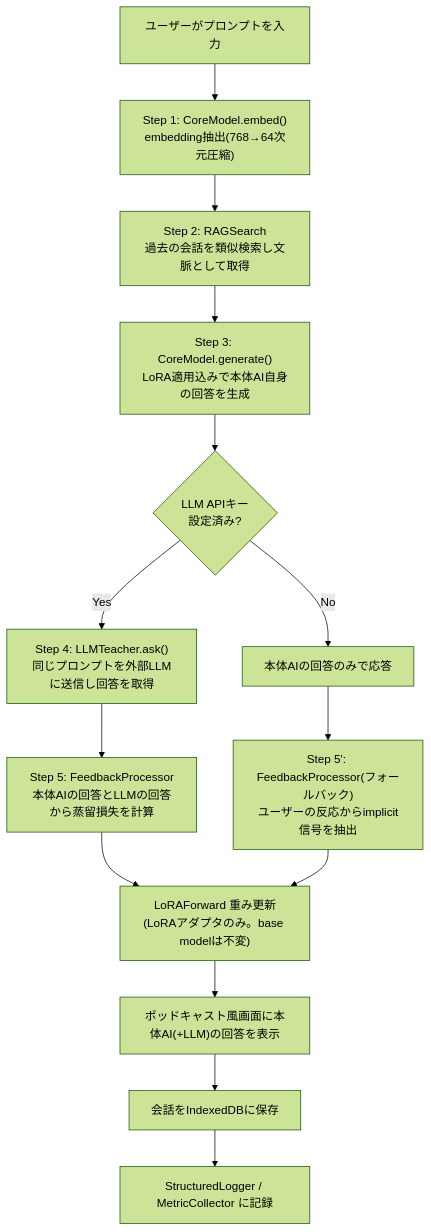
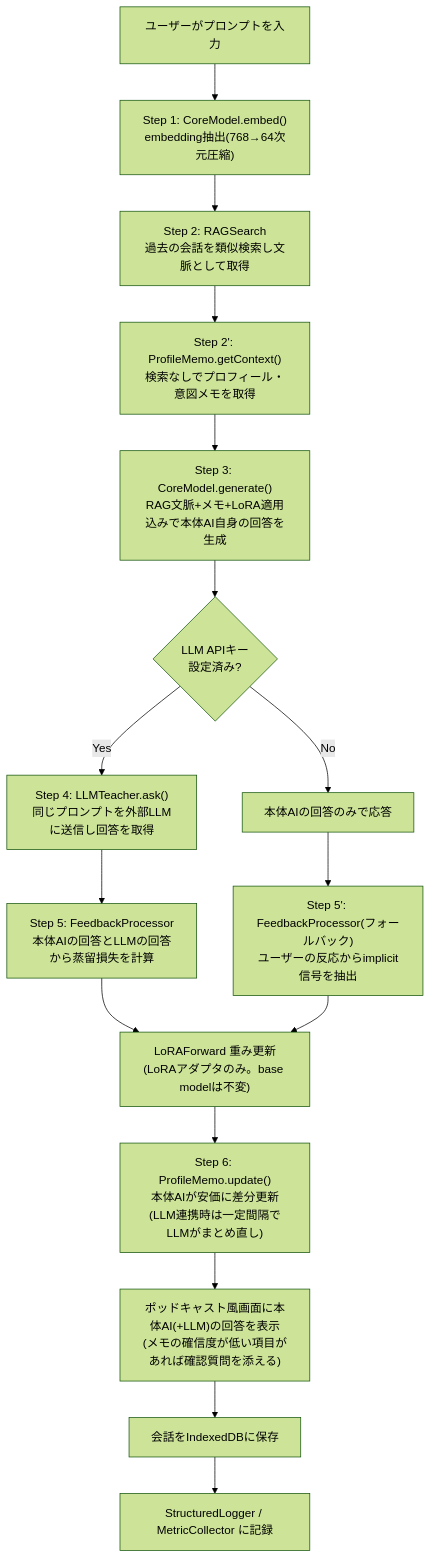
One commit to seisei001/test001 changed the diagram in docs/apps/smart-box/DESIGN.md. Above: the diagram before and after it, drawn with Mermaid (forest theme). The commit also changed other lines of this file, not shown here.

Commit message:
第4版: プロフィール・意図メモ(ProfileMemo)を3本目の柱として追加

````diff
--- a/docs/apps/smart-box/DESIGN.md
+++ b/docs/apps/smart-box/DESIGN.md
@@ -92,16 +143,18 @@
 ```mermaid
 flowchart TD
     A[ユーザーがプロンプトを入力] --> B["Step 1: CoreModel.embed()<br/>embedding抽出(768→64次元圧縮)"]
     B --> C["Step 2: RAGSearch<br/>過去の会話を類似検索し文脈として取得"]
-    C --> D["Step 3: CoreModel.generate()<br/>LoRA適用込みで本体AI自身の回答を生成"]
+    C --> P["Step 2': ProfileMemo.getContext()<br/>検索なしでプロフィール・意図メモを取得"]
+    P --> D["Step 3: CoreModel.generate()<br/>RAG文脈+メモ+LoRA適用込みで本体AI自身の回答を生成"]
     D --> E{LLM APIキー<br/>設定済み?}
     E -- Yes --> F["Step 4: LLMTeacher.ask()<br/>同じプロンプトを外部LLMに送信し回答を取得"]
     E -- No --> G[本体AIの回答のみで応答]
     F --> H["Step 5: FeedbackProcessor<br/>本体AIの回答とLLMの回答から蒸留損失を計算"]
     H --> I["LoRAForward 重み更新<br/>(LoRAアダプタのみ。base modelは不変)"]
     G --> J["Step 5': FeedbackProcessor(フォールバック)<br/>ユーザーの反応からimplicit信号を抽出"]
     J --> I
-    I --> K["ポッドキャスト風画面に本体AI(+LLM)の回答を表示"]
+    I --> Q["Step 6: ProfileMemo.update()<br/>本体AIが安価に差分更新(LLM連携時は一定間隔でLLMがまとめ直し)"]
+    Q --> K["ポッドキャスト風画面に本体AI(+LLM)の回答を表示<br/>(メモの確信度が低い項目があれば確認質問を添える)"]
     K --> L[会話をIndexedDBに保存]
     L --> M[StructuredLogger / MetricCollector に記録]
 ```
````
